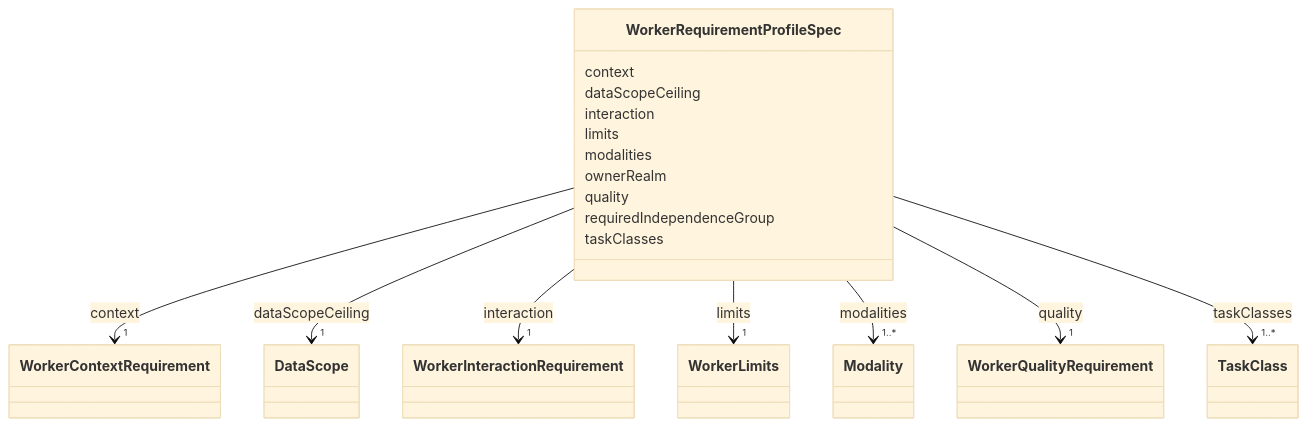
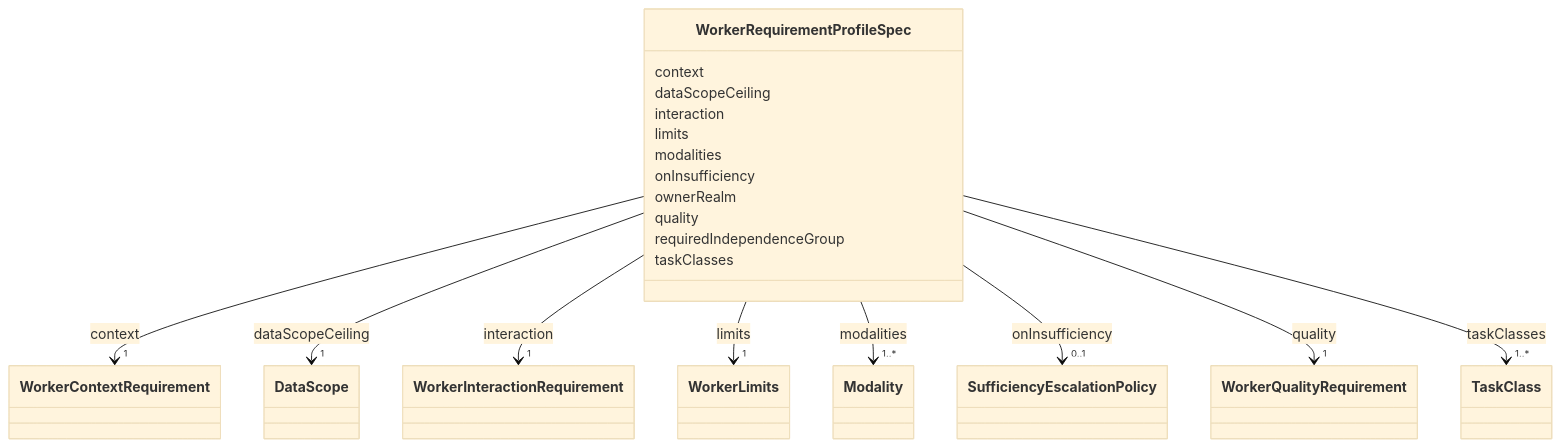
The diagram in metamodel/generated/docs/WorkerRequirementProfileSpec.md (open4good/jumo-core), drawn with Mermaid (base theme) before and after one commit. The commit also changed other lines of this file and 20 other files, not shown here.

First line of the commit message:
feat(metamodel): ResponseSufficiency, SufficiencyEscalationPolicy, nestor-dialogue AUTO_BOUNDED

```diff
--- a/metamodel/generated/docs/WorkerRequirementProfileSpec.md
+++ b/metamodel/generated/docs/WorkerRequirementProfileSpec.md
@@ -74,6 +74,17 @@
 
 
 
+      WorkerRequirementProfileSpec : onInsufficiency
+
+
+
+
+
+        WorkerRequirementProfileSpec --> "0..1" SufficiencyEscalationPolicy : onInsufficiency
+        click SufficiencyEscalationPolicy href "../SufficiencyEscalationPolicy/"
+
+
+
       WorkerRequirementProfileSpec : ownerRealm
 
       WorkerRequirementProfileSpec : quality
```
